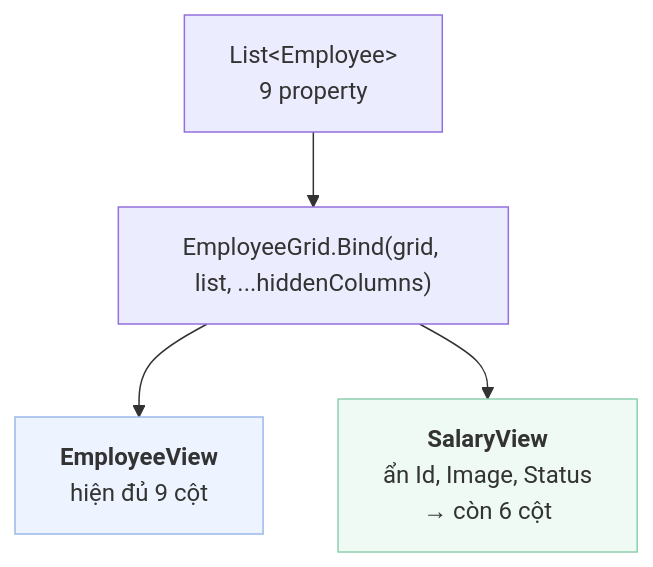
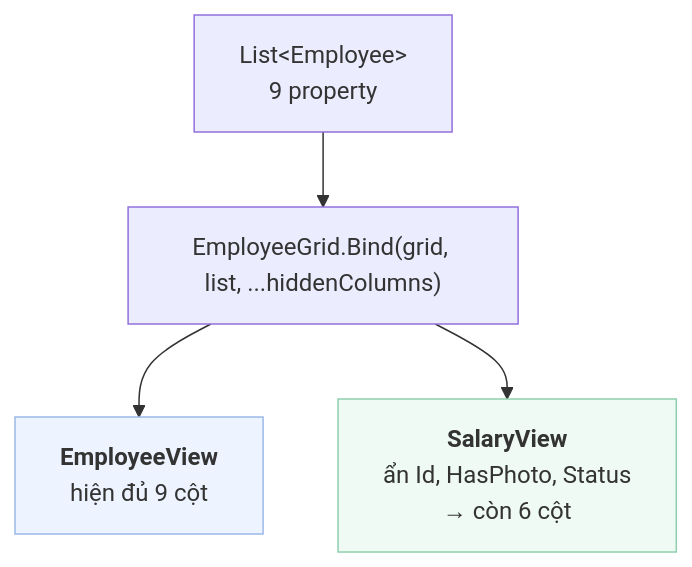
Before and after one commit to vielang/dotnet-framework-admin: the third of 4 diagrams in docs/04-datagridview-databinding.md, drawn with Mermaid. The commit also changed other lines of this file and 14 other files, not shown here.

````diff
--- a/docs/04-datagridview-databinding.md
+++ b/docs/04-datagridview-databinding.md
@@ -208,10 +249,10 @@
 ```mermaid
 flowchart TB
     E["List&lt;Employee&gt;<br/>9 property"]
     E --> B["EmployeeGrid.Bind(grid, list, ...hiddenColumns)"]
     B --> V1["<b>EmployeeView</b><br/>hiện đủ 9 cột"]
-    B --> V2["<b>SalaryView</b><br/>ẩn Id, Image, Status<br/>→ còn 6 cột"]
+    B --> V2["<b>SalaryView</b><br/>ẩn Id, HasPhoto, Status<br/>→ còn 6 cột"]
 
     style V1 fill:#eef4ff,stroke:#9bb8e8
     style V2 fill:#eefaf3,stroke:#8fcfae
 ```
````
